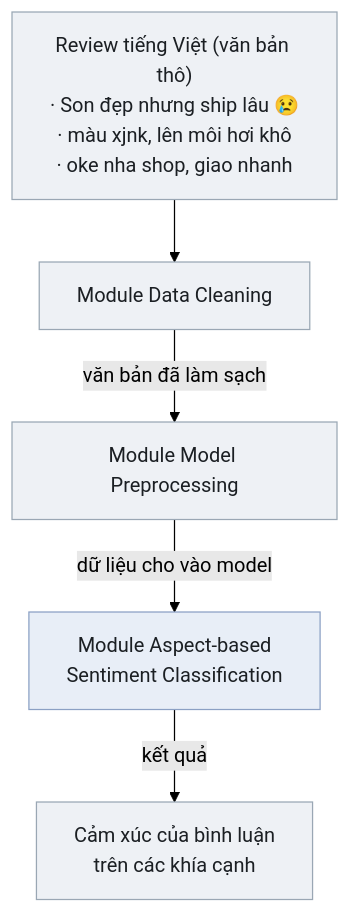
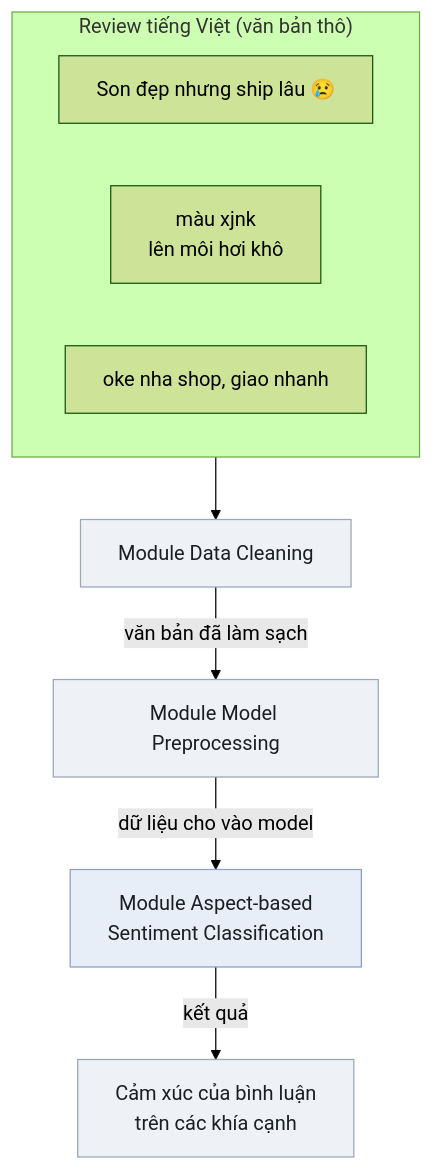
One commit to TrieuKhac-dev/SentimentX changed the diagram in presentations/inference_pipeline.md. Above: the diagram before and after it, drawn with Mermaid (forest theme).

Commit message:
docs(presentations): rename the input group to the review block

````diff
--- a/presentations/inference_pipeline.md
+++ b/presentations/inference_pipeline.md
@@ -9,17 +9,22 @@
 ```mermaid
 flowchart TD
-    RAW["Review tiếng Việt (văn bản thô)<br/>· Son đẹp nhưng ship lâu 😢<br/>· màu xjnk, lên môi hơi khô<br/>· oke nha shop, giao nhanh"]:::io
+    subgraph RAW["Review tiếng Việt (văn bản thô)"]
+        direction LR
+        E1["Son đẹp nhưng ship lâu 😢"]
+        E2["màu xjnk<br/>lên môi hơi khô"]
+        E3["oke nha shop, giao nhanh"]
+    end
     CLEAN["Module Data Cleaning"]:::step
     PREP["Module Model Preprocessing"]:::step
     CLS["Module Aspect-based<br/>Sentiment Classification"]:::model
     OUT["Cảm xúc của bình luận<br/>trên các khía cạnh"]:::io
 
     RAW --> CLEAN
     CLEAN -->|văn bản đã làm sạch| PREP
     PREP -->|dữ liệu cho vào model| CLS
     CLS -->|kết quả| OUT
 
     classDef io    fill:#eef1f5,stroke:#9aa7b4,color:#1b1f23,stroke-width:1px;
     classDef step  fill:#eef1f5,stroke:#9aa7b4,color:#1b1f23,stroke-width:1px;
     classDef model fill:#e8eef7,stroke:#8ba0c4,color:#1b1f23,stroke-width:1px;
 ```
````
